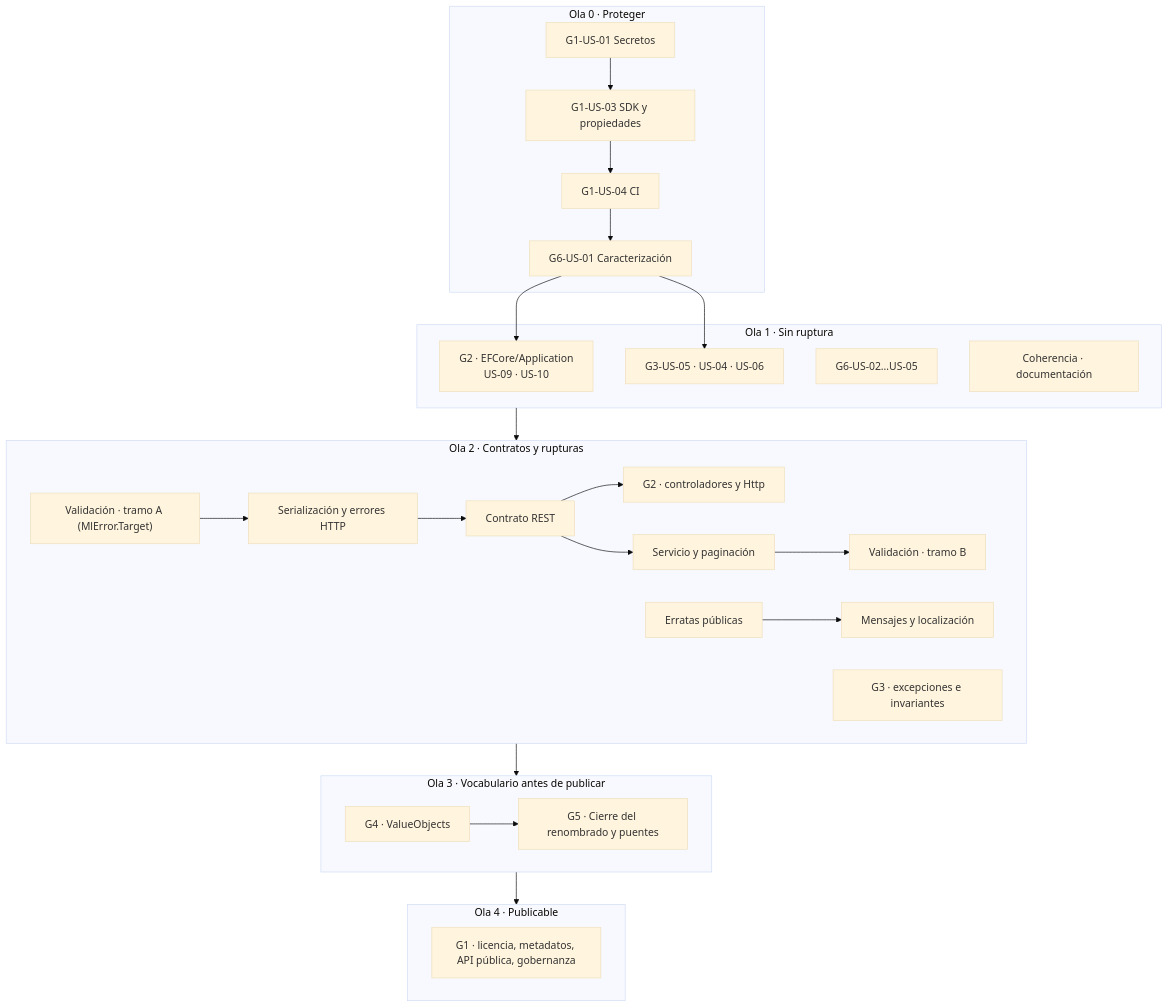
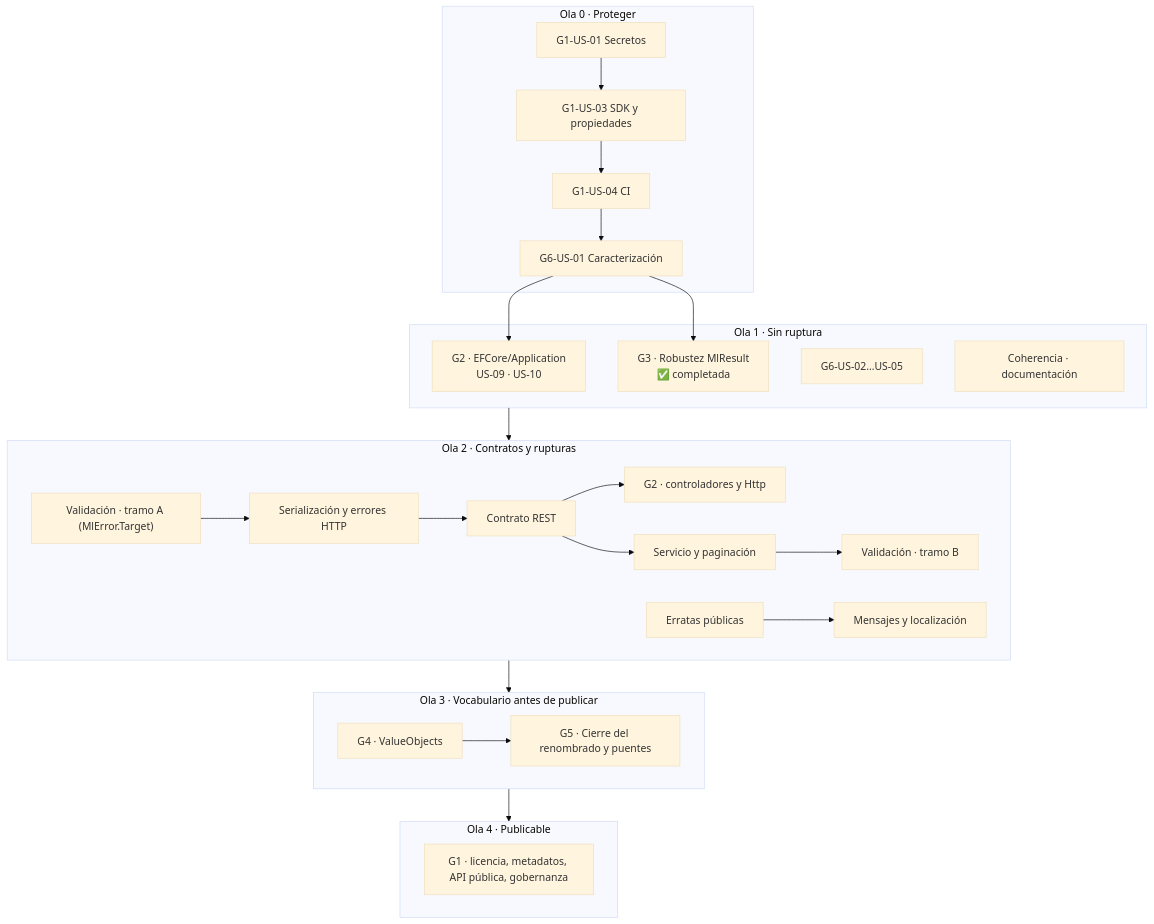
One commit to moraleslarios/FOOP changed the diagram in src/docs_next/Next_Versions/2.0.0/Pendientes/general_old_version/03-Plan-Maestro.md. Above: the diagram before and after it, drawn with Mermaid (base theme). The commit also changed other lines of this file and 142 other files, not shown here.

````diff
--- a/src/docs_next/Next_Versions/2.0.0/Pendientes/general_old_version/03-Plan-Maestro.md
+++ b/src/docs_next/Next_Versions/2.0.0/Pendientes/general_old_version/03-Plan-Maestro.md
@@ -20,35 +20,34 @@
 ```mermaid
 graph TD
     subgraph O0["Ola 0 · Proteger"]
         G1a["G1-US-01 Secretos"] --> G1b["G1-US-03 SDK y propiedades"]
         G1b --> G1c["G1-US-04 CI"]
         G6a["G6-US-01 Caracterización"]
     end
     subgraph O1["Ola 1 · Sin ruptura"]
         G2a["G2 · EFCore/Application<br/>US-09 · US-10"]
-        G3a["G3-US-05 · US-04 · US-06"]
+        G3a["G3 · Robustez MlResult<br/>✅ completada"]
         G6b["G6-US-02…US-05"]
         COH1["Coherencia · documentación"]
     end
     subgraph O2["Ola 2 · Contratos y rupturas"]
         VAL["Validación · tramo A (MlError.Target)"] --> SER["Serialización y errores HTTP"]
         SER --> REST["Contrato REST"]
         REST --> G2b["G2 · controladores y Http"]
         REST --> SRV["Servicio y paginación"]
         SRV --> VALB["Validación · tramo B"]
-        G3b["G3 · excepciones e invariantes"]
         ERR["Erratas públicas"] --> MSG["Mensajes y localización"]
     end
     subgraph O3["Ola 3 · Vocabulario antes de publicar"]
         G4["G4 · ValueObjects"] --> G5["G5 · Cierre del renombrado y puentes"]
     end
     subgraph O4["Ola 4 · Publicable"]
         G1d["G1 · licencia, metadatos, API pública, gobernanza"]
     end
     G1c --> G6a
     G6a --> G2a
     G6a --> G3a
     O1 --> O2
     O2 --> O3
     O3 --> O4
 ```
````
